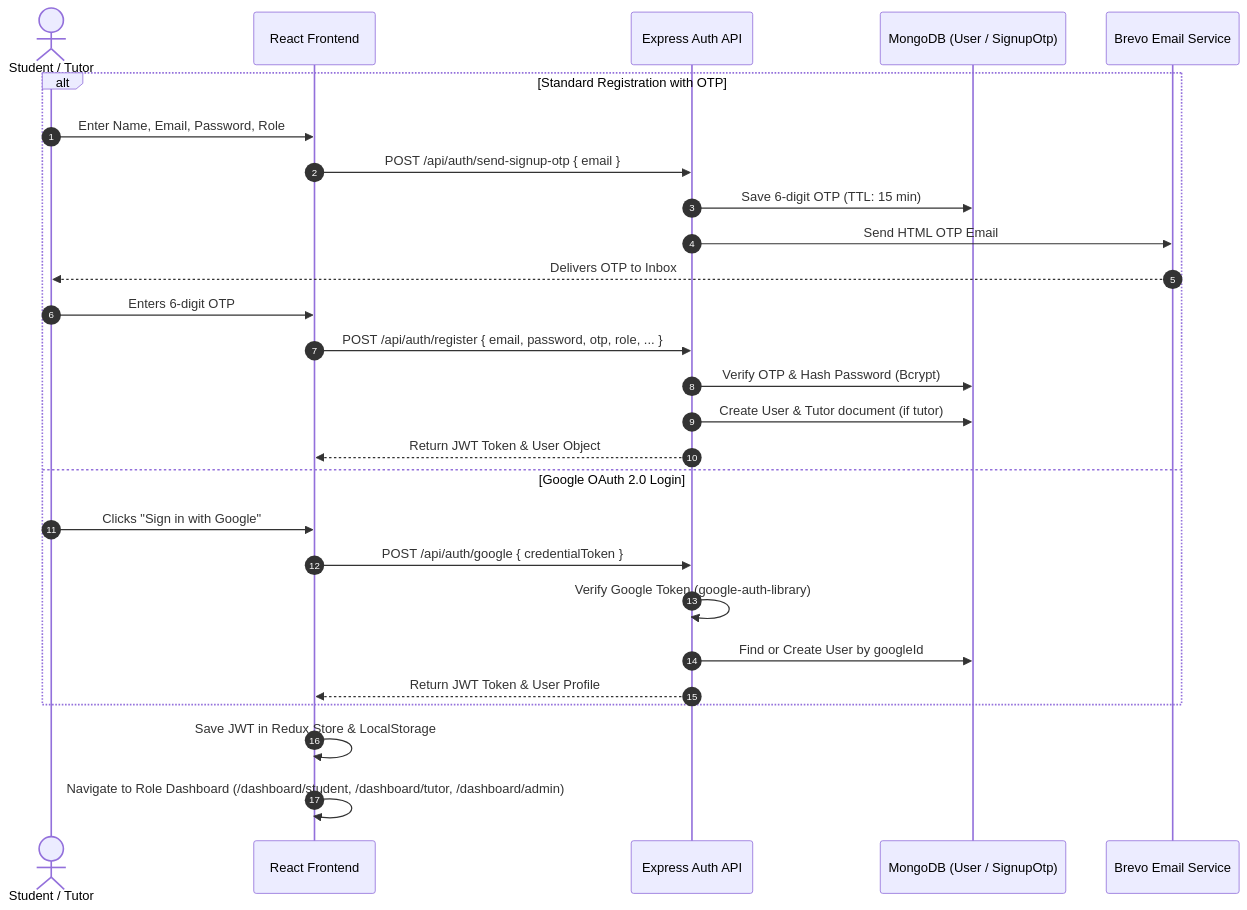
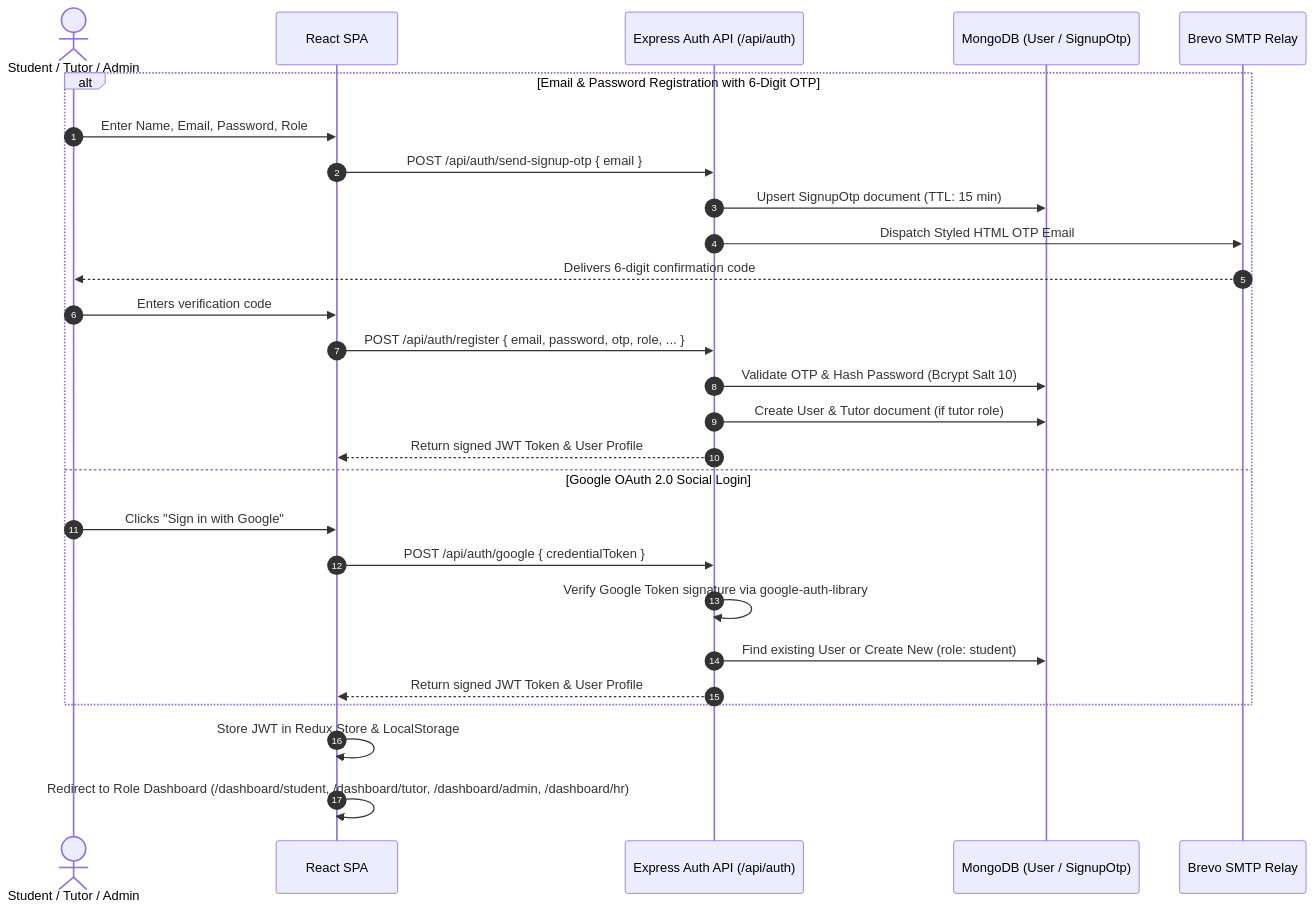
One commit to sairam0043/teach-grow-guide changed the third of 8 diagrams in README.md. Above: the diagram before and after it, drawn with Mermaid. The commit also changed other lines of this file and 6 other files, not shown here.

Commit message:
feat(admin): add tutor profile picture upload & sort registered students by recent joined

````diff
--- a/README.md
+++ b/README.md
@@ -212,31 +229,31 @@
 ```mermaid
 sequenceDiagram
     autonumber
-    actor User as Student / Tutor
-    participant UI as React Frontend
-    participant API as Express Auth API
+    actor User as Student / Tutor / Admin
+    participant UI as React SPA
+    participant API as Express Auth API (/api/auth)
     participant DB as MongoDB (User / SignupOtp)
-    participant SMTP as Brevo Email Service
+    participant SMTP as Brevo SMTP Relay
 
-    alt Standard Registration with OTP
+    alt Email & Password Registration with 6-Digit OTP
         User->>UI: Enter Name, Email, Password, Role
         UI->>API: POST /api/auth/send-signup-otp { email }
-        API->>DB: Save 6-digit OTP (TTL: 15 min)
-        API->>SMTP: Send HTML OTP Email
-        SMTP-->>User: Delivers OTP to Inbox
-        User->>UI: Enters 6-digit OTP
+        API->>DB: Upsert SignupOtp document (TTL: 15 min)
+        API->>SMTP: Dispatch Styled HTML OTP Email
+        SMTP-->>User: Delivers 6-digit confirmation code
+        User->>UI: Enters verification code
         UI->>API: POST /api/auth/register { email, password, otp, role, ... }
-        API->>DB: Verify OTP & Hash Password (Bcrypt)
-        API->>DB: Create User & Tutor document (if tutor)
-        API-->>UI: Return JWT Token & User Object
-    else Google OAuth 2.0 Login
+        API->>DB: Validate OTP & Hash Password (Bcrypt Salt 10)
+        API->>DB: Create User & Tutor document (if tutor role)
+        API-->>UI: Return signed JWT Token & User Profile
+    else Google OAuth 2.0 Social Login
         User->>UI: Clicks "Sign in with Google"
         UI->>API: POST /api/auth/google { credentialToken }
-        API->>API: Verify Google Token (google-auth-library)
-        API->>DB: Find or Create User by googleId
-        API-->>UI: Return JWT Token & User Profile
+        API->>API: Verify Google Token signature via google-auth-library
+        API->>DB: Find existing User or Create New (role: student)
+        API-->>UI: Return signed JWT Token & User Profile
     end
 
-    UI->>UI: Save JWT in Redux Store & LocalStorage
-    UI->>UI: Navigate to Role Dashboard (/dashboard/student, /dashboard/tutor, /dashboard/admin)
+    UI->>UI: Store JWT in Redux Store & LocalStorage
+    UI->>UI: Redirect to Role Dashboard (/dashboard/student, /dashboard/tutor, /dashboard/admin, /dashboard/hr)
 ```
````
